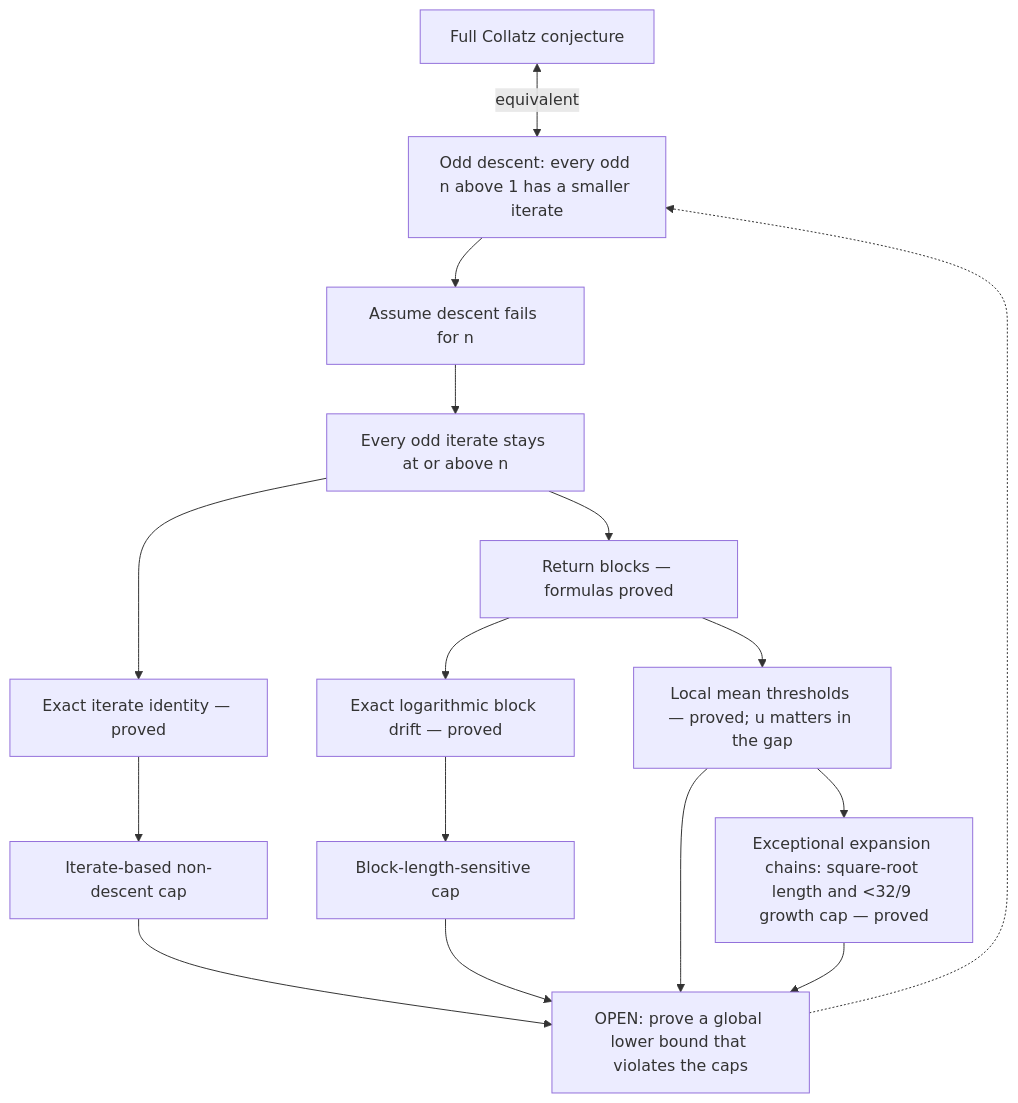
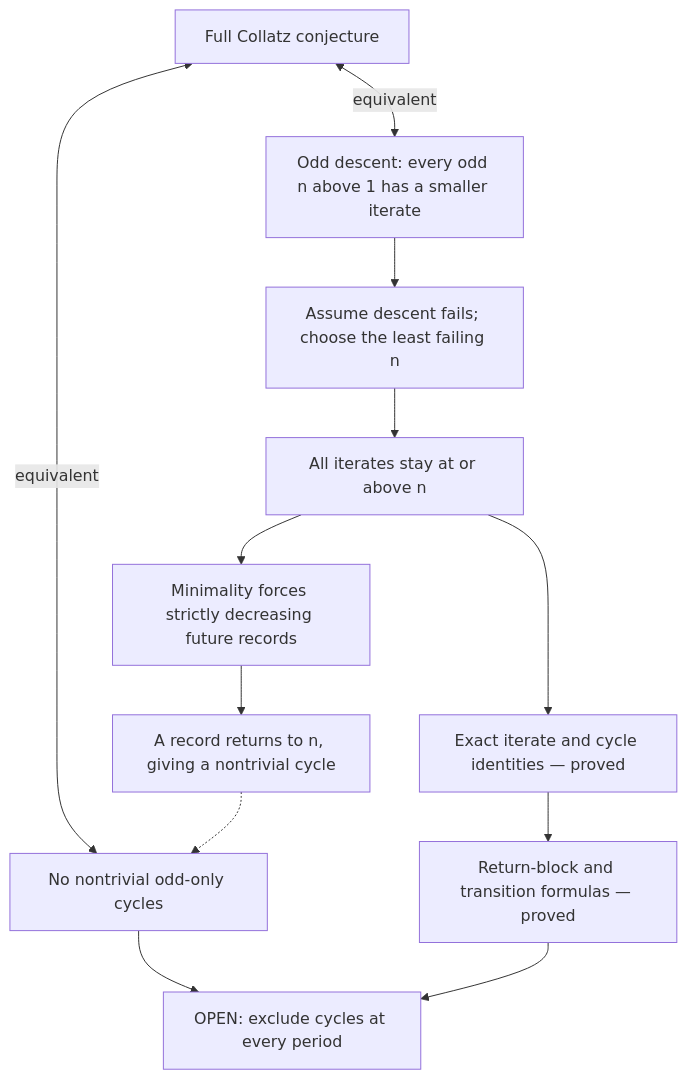
Before and after one commit to bassnicole1026-pixel/uctproject: the diagram in ROADMAP.md, drawn with Mermaid. The commit also changed other lines of this file and 1 other file, not shown here.

Commit message:
Reduce Collatz proof target to cycle exclusion

````diff
--- a/ROADMAP.md
+++ b/ROADMAP.md
@@ -832,18 +842,14 @@
 ```mermaid
 flowchart TD
     C["Full Collatz conjecture"] <-->|equivalent| D["Odd descent: every odd n above 1 has a smaller iterate"]
-    D --> H["Assume descent fails for n"]
-    H --> N["Every odd iterate stays at or above n"]
-    N --> I["Exact iterate identity — proved"]
-    I --> U1["Iterate-based non-descent cap"]
-    N --> B["Return blocks — formulas proved"]
-    B --> L["Local mean thresholds — proved; u matters in the gap"]
-    L --> X["Exceptional expansion chains: square-root length and <32/9 growth cap — proved"]
-    B --> J["Exact logarithmic block drift — proved"]
-    J --> U2["Block-length-sensitive cap"]
-    U1 --> G["OPEN: prove a global lower bound that violates the caps"]
-    U2 --> G
-    L --> G
-    X --> G
-    G -.-> D
+    C <-->|equivalent| Q["No nontrivial odd-only cycles"]
+    D --> H["Assume descent fails; choose the least failing n"]
+    H --> N["All iterates stay at or above n"]
+    N --> R["Minimality forces strictly decreasing future records"]
+    R --> Y["A record returns to n, giving a nontrivial cycle"]
+    Y -.-> Q
+    Q --> O["OPEN: exclude cycles at every period"]
+    N --> I["Exact iterate and cycle identities — proved"]
+    I --> B["Return-block and transition formulas — proved"]
+    B --> O
 ```
````
